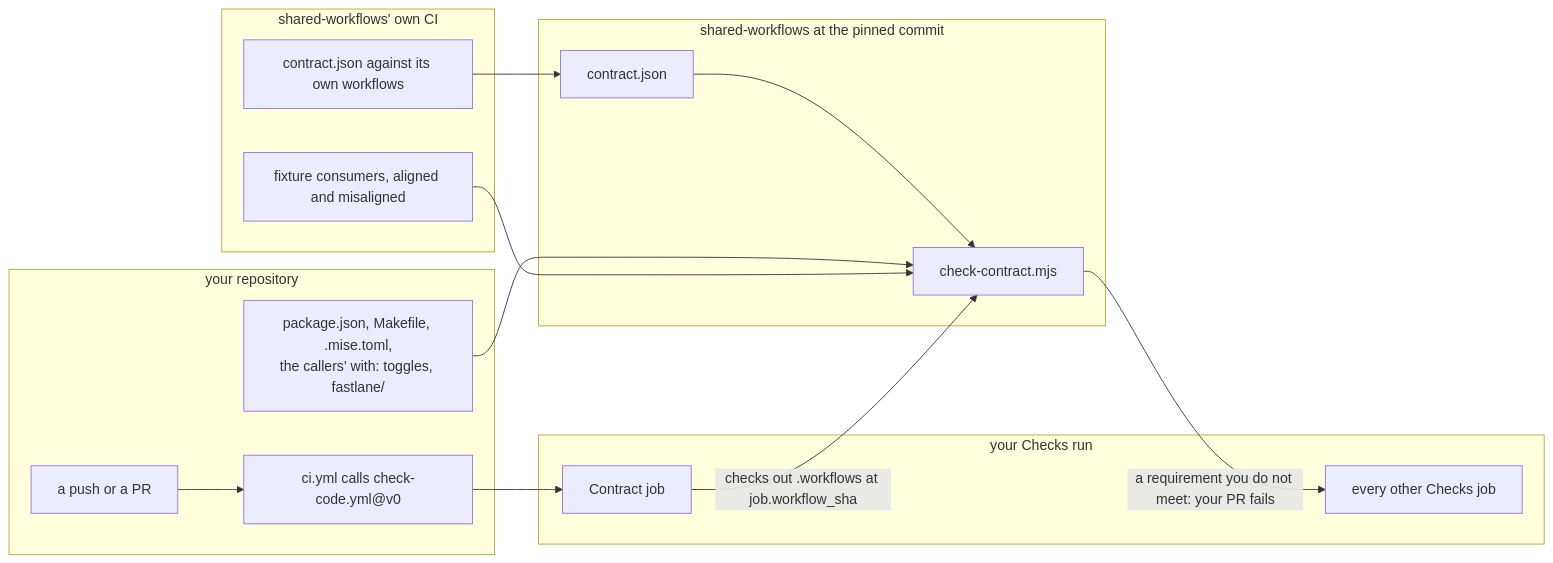
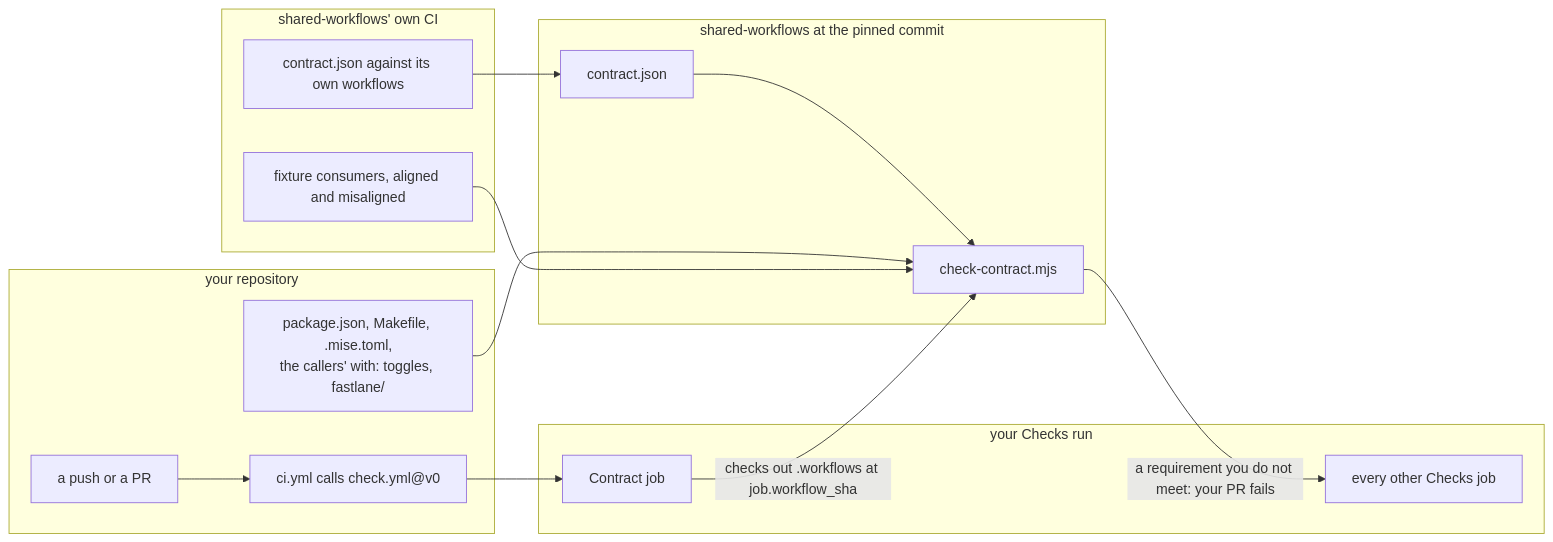
The second of 5 diagrams in docs/consumer-guide.md (blinkbitcoin/shared-workflows), drawn with Mermaid before and after one commit. The commit also changed other lines of this file and 156 other files, not shown here.

````diff
--- a/docs/consumer-guide.md
+++ b/docs/consumer-guide.md
@@ -135,27 +135,27 @@
 ```mermaid
 flowchart LR
   subgraph app["your repository"]
     pr["a push or a PR"]
-    caller["ci.yml calls check-code.yml@v0"]
+    caller["ci.yml calls check.yml@v0"]
     tree["package.json, Makefile, .mise.toml,<br/>the callers' with: toggles, fastlane/"]
   end
   subgraph run["your Checks run"]
     contract["Contract job"]
     gates["every other Checks job"]
   end
   subgraph shared["shared-workflows at the pinned commit"]
     data["contract.json"]
     checker["check-contract.mjs"]
   end
   subgraph self["shared-workflows' own CI"]
     fixtures["fixture consumers, aligned and misaligned"]
     bind["contract.json against its own workflows"]
   end
   pr --> caller --> contract
   contract -->|"checks out .workflows at job.workflow_sha"| checker
   data --> checker
   tree --> checker
   checker -->|"a requirement you do not meet: your PR fails"| gates
   fixtures --> checker
   bind --> data
 ```
````
